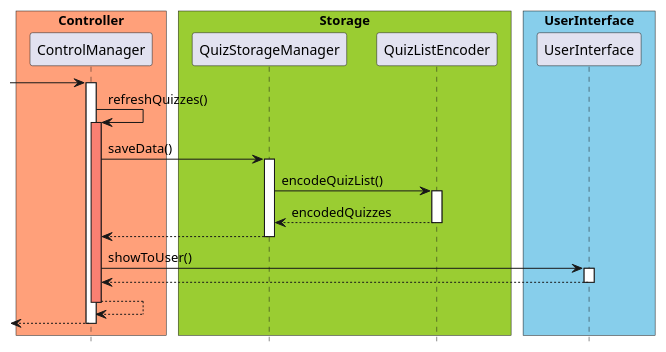
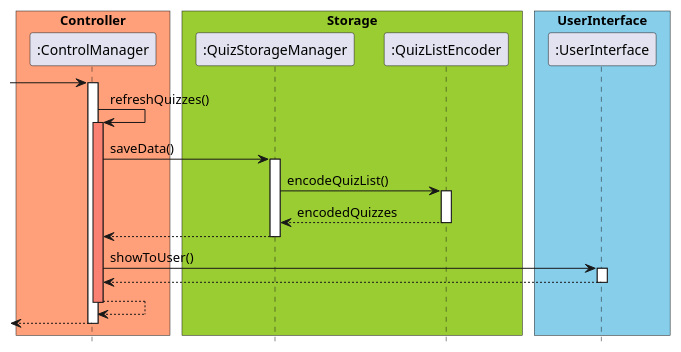
The diagram in docs/plantuml/QuizWriteStorage.puml (untitle4/tp), drawn with PlantUML before and after one commit. The commit also changed 6 other files, not shown here.

Commit message:
Update PPP and UML diagrams

```diff
--- a/docs/plantuml/QuizWriteStorage.puml
+++ b/docs/plantuml/QuizWriteStorage.puml
@@ -1,41 +1,41 @@
 @startuml
 
 skinparam ParticipantPadding 10
 skinparam BoxPadding 5
 hide footbox
 
 box "Controller" #LightSalmon
-participant ControlManager
+participant ":ControlManager"
 end box
 
 box "Storage" #YellowGreen
-participant QuizStorageManager
-participant QuizListEncoder
+participant ":QuizStorageManager"
+participant ":QuizListEncoder"
 end box
 
 box "UserInterface" #skyblue
-participant UserInterface
+participant ":UserInterface"
 end box
 
--> ControlManager
-activate ControlManager
-ControlManager -> ControlManager : refreshQuizzes()
-activate ControlManager #salmon
-ControlManager -> QuizStorageManager : saveData()
-activate QuizStorageManager
-QuizStorageManager -> QuizListEncoder : encodeQuizList()
-activate QuizListEncoder
-QuizListEncoder --> QuizStorageManager : encodedQuizzes
-deactivate QuizListEncoder
-QuizStorageManager --> ControlManager
-deactivate QuizStorageManager
-ControlManager -> UserInterface : showToUser()
-activate UserInterface
-UserInterface --> ControlManager
-deactivate UserInterface
-ControlManager --> ControlManager
-deactivate ControlManager
-<-- ControlManager
-deactivate ControlManager
+-> ":ControlManager"
+activate ":ControlManager"
+":ControlManager" -> ":ControlManager" : refreshQuizzes()
+activate ":ControlManager" #salmon
+":ControlManager" -> ":QuizStorageManager" : saveData()
+activate ":QuizStorageManager"
+":QuizStorageManager" -> ":QuizListEncoder" : encodeQuizList()
+activate ":QuizListEncoder"
+":QuizListEncoder" --> ":QuizStorageManager" : encodedQuizzes
+deactivate ":QuizListEncoder"
+":QuizStorageManager" --> ":ControlManager"
+deactivate ":QuizStorageManager"
+":ControlManager" -> ":UserInterface" : showToUser()
+activate ":UserInterface"
+":UserInterface" --> ":ControlManager"
+deactivate ":UserInterface"
+":ControlManager" --> ":ControlManager"
+deactivate ":ControlManager"
+<-- ":ControlManager"
+deactivate ":ControlManager"
 
 @enduml
```
